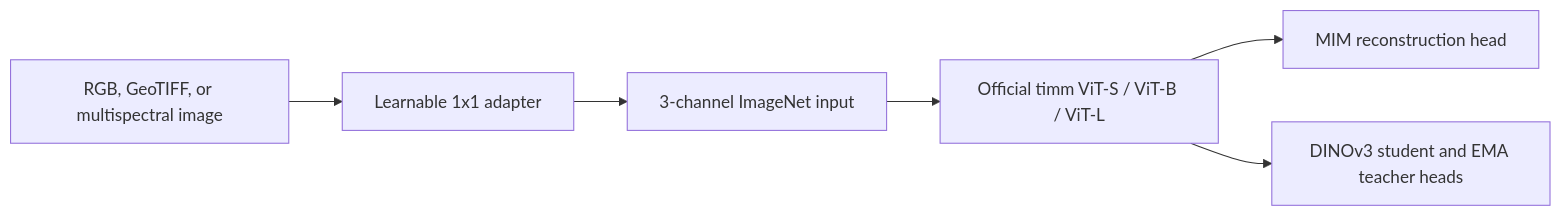
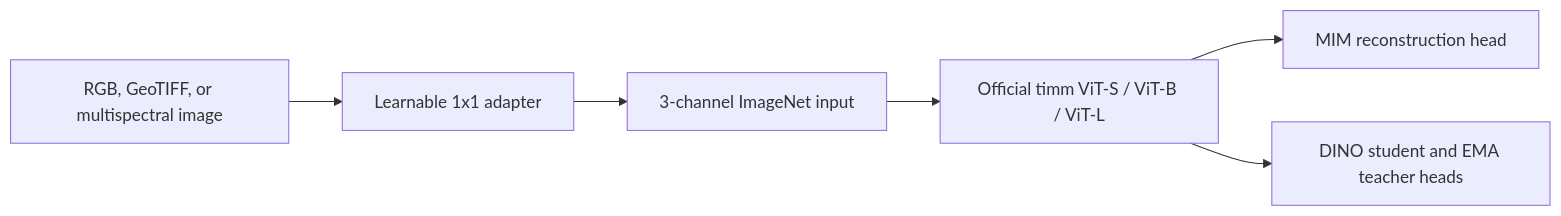
One commit to bappy451/AG-Foundational-Model changed the diagram in README.md. Above: the diagram before and after it, drawn with Mermaid. The commit also changed other lines of this file and 35 other files, not shown here.

````diff
--- a/README.md
+++ b/README.md
@@ -25,8 +25,8 @@
 ```mermaid
 flowchart LR
   A["RGB, GeoTIFF, or multispectral image"] --> B["Learnable 1x1 adapter"]
   B --> C["3-channel ImageNet input"]
   C --> D["Official timm ViT-S / ViT-B / ViT-L"]
   D --> E["MIM reconstruction head"]
-  D --> F["DINOv3 student and EMA teacher heads"]
+  D --> F["DINO student and EMA teacher heads"]
 ```
````
